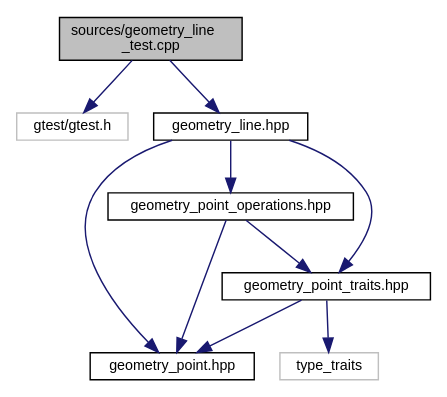
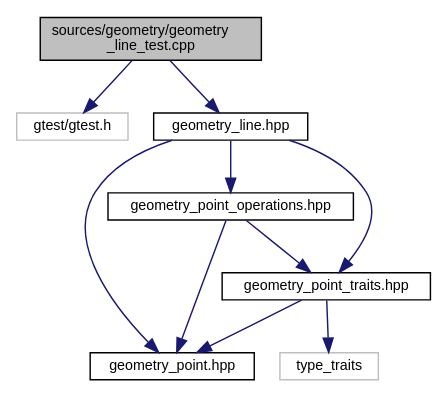
The diagram in geometry/documentation/geometry__line__test_8cpp__incl.dot (eliogovea/dev-env-cpp), drawn with Graphviz before and after one commit. The commit also changed 273 other files, not shown here.

```diff
--- a/geometry/documentation/geometry__line__test_8cpp__incl.dot
+++ b/geometry/documentation/geometry__line__test_8cpp__incl.dot
@@ -1,22 +1,22 @@
-digraph "sources/geometry_line_test.cpp"
+digraph "sources/geometry/geometry_line_test.cpp"
 {
  // LATEX_PDF_SIZE
   edge [fontname="Helvetica",fontsize="10",labelfontname="Helvetica",labelfontsize="10"];
   node [fontname="Helvetica",fontsize="10",shape=record];
-  Node1 [label="sources/geometry_line\l_test.cpp",height=0.2,width=0.4,color="black", fillcolor="grey75", style="filled", fontcolor="black",tooltip=" "];
+  Node1 [label="sources/geometry/geometry\l_line_test.cpp",height=0.2,width=0.4,color="black", fillcolor="grey75", style="filled", fontcolor="black",tooltip=" "];
   Node1 -> Node2 [color="midnightblue",fontsize="10",style="solid",fontname="Helvetica"];
   Node2 [label="gtest/gtest.h",height=0.2,width=0.4,color="grey75", fillcolor="white", style="filled",tooltip=" "];
   Node1 -> Node3 [color="midnightblue",fontsize="10",style="solid",fontname="Helvetica"];
   Node3 [label="geometry_line.hpp",height=0.2,width=0.4,color="black", fillcolor="white", style="filled",URL="$geometry__line_8hpp.html",tooltip=" "];
   Node3 -> Node4 [color="midnightblue",fontsize="10",style="solid",fontname="Helvetica"];
   Node4 [label="geometry_point.hpp",height=0.2,width=0.4,color="black", fillcolor="white", style="filled",URL="$geometry__point_8hpp.html",tooltip=" "];
   Node3 -> Node5 [color="midnightblue",fontsize="10",style="solid",fontname="Helvetica"];
   Node5 [label="geometry_point_operations.hpp",height=0.2,width=0.4,color="black", fillcolor="white", style="filled",URL="$geometry__point__operations_8hpp.html",tooltip=" "];
   Node5 -> Node4 [color="midnightblue",fontsize="10",style="solid",fontname="Helvetica"];
   Node5 -> Node6 [color="midnightblue",fontsize="10",style="solid",fontname="Helvetica"];
   Node6 [label="geometry_point_traits.hpp",height=0.2,width=0.4,color="black", fillcolor="white", style="filled",URL="$geometry__point__traits_8hpp.html",tooltip=" "];
   Node6 -> Node7 [color="midnightblue",fontsize="10",style="solid",fontname="Helvetica"];
   Node7 [label="type_traits",height=0.2,width=0.4,color="grey75", fillcolor="white", style="filled",tooltip=" "];
   Node6 -> Node4 [color="midnightblue",fontsize="10",style="solid",fontname="Helvetica"];
   Node3 -> Node6 [color="midnightblue",fontsize="10",style="solid",fontname="Helvetica"];
 }
```
